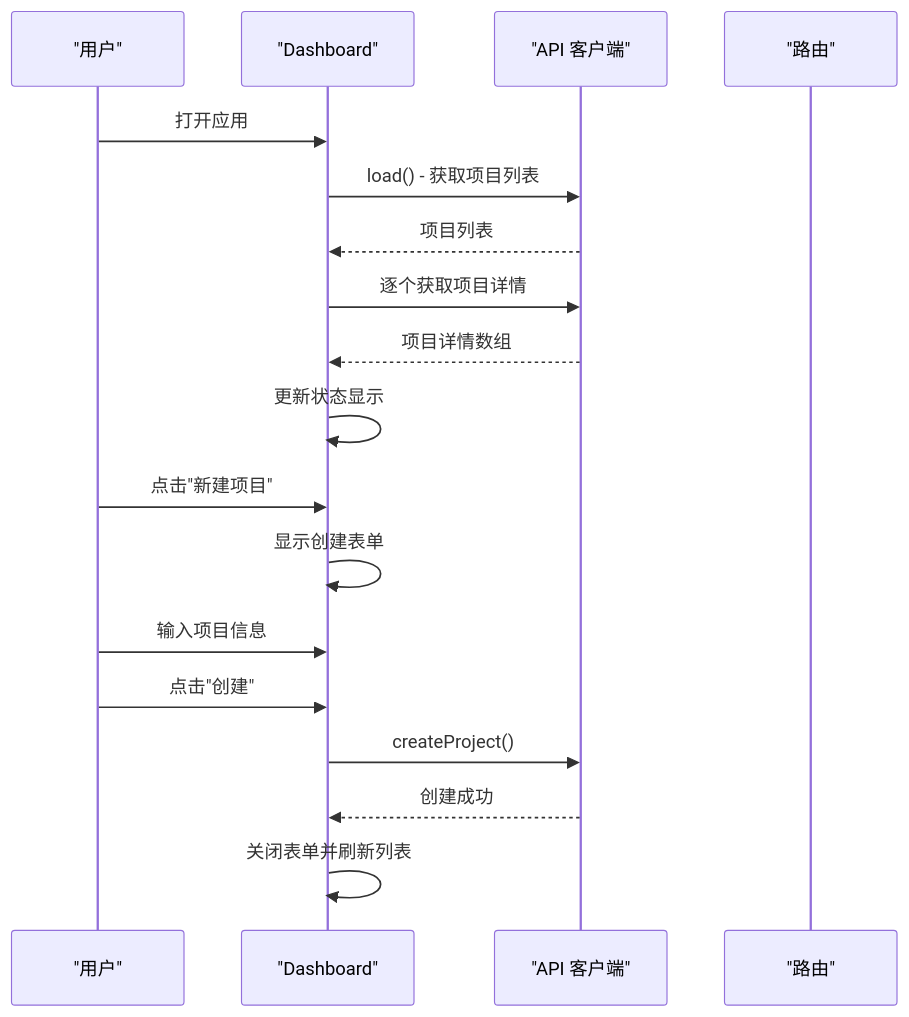
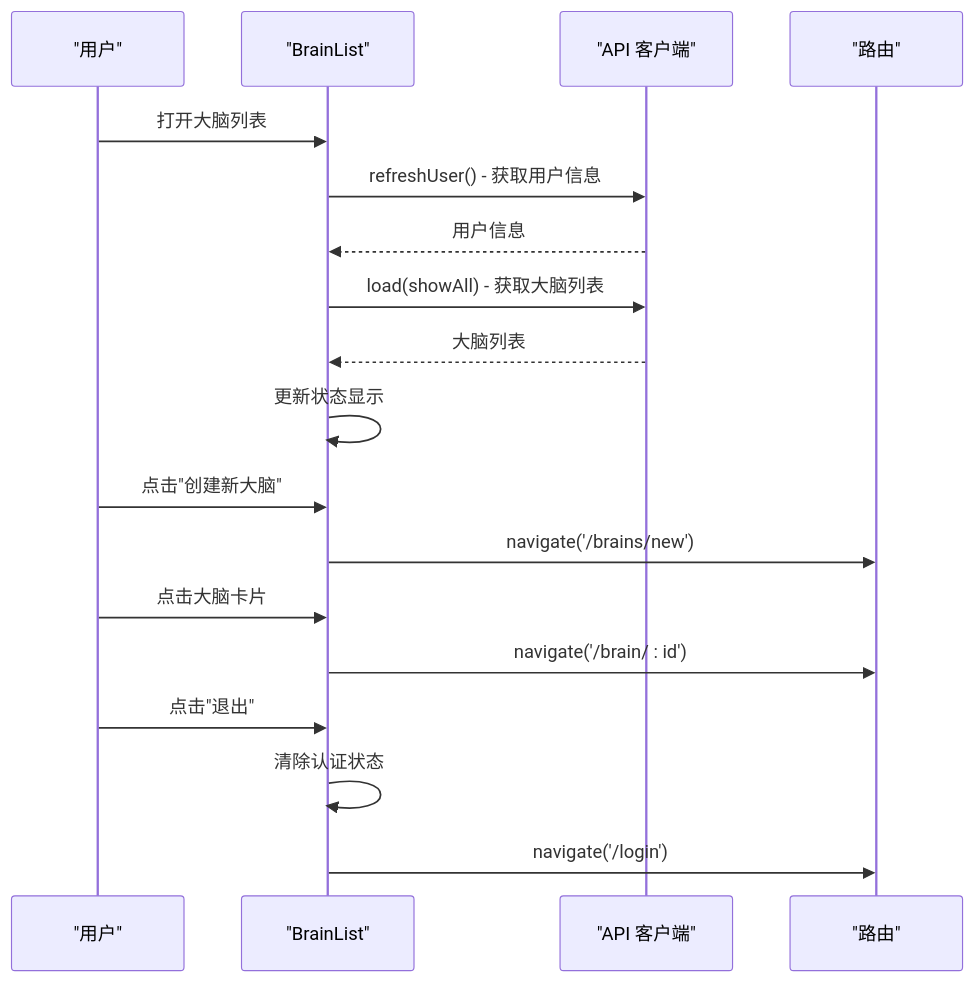
Before and after one commit to GDY-ai/ainstein: the seventh of 22 diagrams in .qoder/repowiki/zh/content/前端应用/前端应用.md, drawn with Mermaid. The commit also changed other lines of this file and 61 other files, not shown here.

Commit message:
fix: 修复前端路由 — BrainList/CreateBrain 导航到 /brain/:id 而非 /project/:id

````diff
--- a/.qoder/repowiki/zh/content/前端应用/前端应用.md
+++ b/.qoder/repowiki/zh/content/前端应用/前端应用.md
@@ -193,20 +288,20 @@
 ```mermaid
 sequenceDiagram
 participant User as "用户"
-participant Dashboard as "Dashboard"
+participant BrainList as "BrainList"
 participant API as "API 客户端"
 participant Router as "路由"
-User->>Dashboard : 打开应用
-Dashboard->>API : load() - 获取项目列表
-API-->>Dashboard : 项目列表
-Dashboard->>API : 逐个获取项目详情
-API-->>Dashboard : 项目详情数组
-Dashboard->>Dashboard : 更新状态显示
-User->>Dashboard : 点击"新建项目"
-Dashboard->>Dashboard : 显示创建表单
-User->>Dashboard : 输入项目信息
-User->>Dashboard : 点击"创建"
-Dashboard->>API : createProject()
-API-->>Dashboard : 创建成功
-Dashboard->>Dashboard : 关闭表单并刷新列表
+User->>BrainList : 打开大脑列表
+BrainList->>API : refreshUser() - 获取用户信息
+API-->>BrainList : 用户信息
+BrainList->>API : load(showAll) - 获取大脑列表
+API-->>BrainList : 大脑列表
+BrainList->>BrainList : 更新状态显示
+User->>BrainList : 点击"创建新大脑"
+BrainList->>Router : navigate('/brains/new')
+User->>BrainList : 点击大脑卡片
+BrainList->>Router : navigate('/brain/ : id')
+User->>BrainList : 点击"退出"
+BrainList->>BrainList : 清除认证状态
+BrainList->>Router : navigate('/login')
 ```
````
